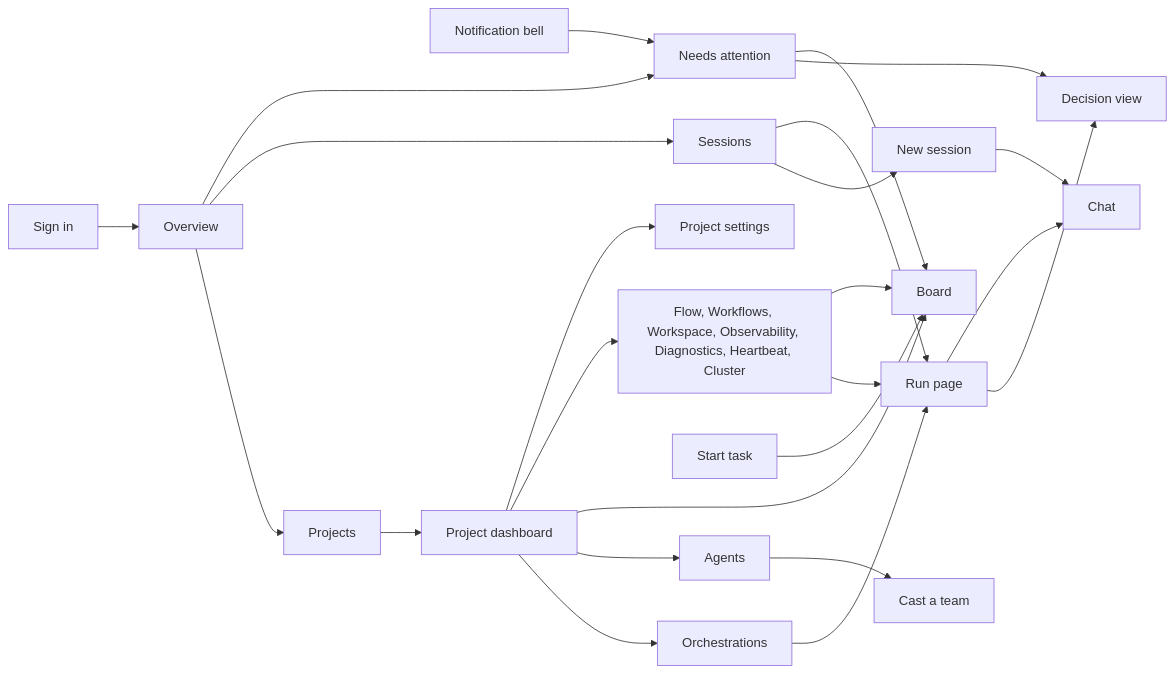
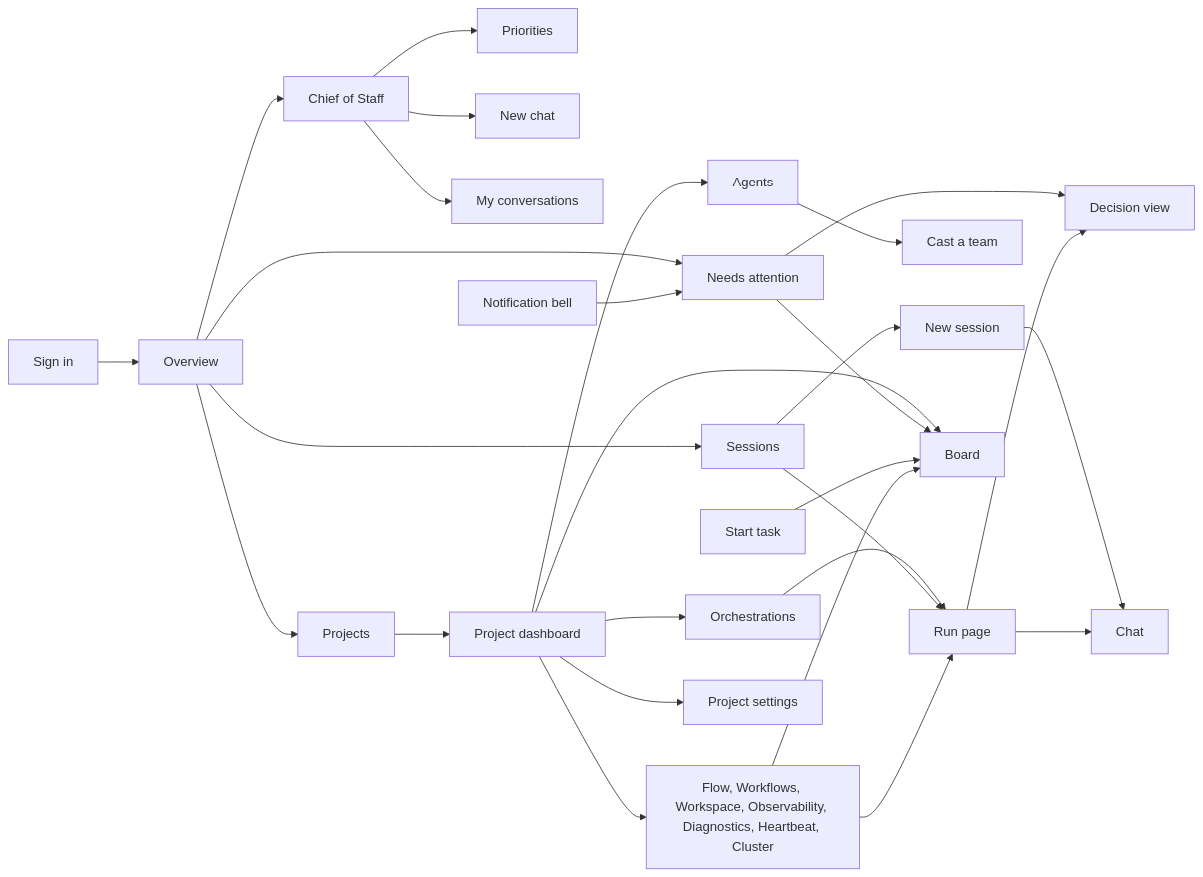
The diagram in docs/reference/web-ui-parity.md (sabbour/agentweaver), drawn with Mermaid before and after one commit. The commit also changed other lines of this file and 22 other files, not shown here.

````diff
--- a/docs/reference/web-ui-parity.md
+++ b/docs/reference/web-ui-parity.md
@@ -39,26 +39,30 @@
 ```mermaid
 flowchart LR
   signin[Sign in] --> overview[Overview]
+  overview --> chief[Chief of Staff]
+  chief --> priorities[Priorities]
+  chief --> newchat[New chat]
+  chief --> conversations[My conversations]
   overview --> projects[Projects]
   overview --> sessions[Sessions]
   overview --> attention[Needs attention]
   bell[Notification bell] --> attention
   sessions --> newsession[New session]
   newsession --> chat[Chat]
   projects --> dashboard[Project dashboard]
   dashboard --> orch[Orchestrations]
   dashboard --> agents[Agents]
   agents --> cast[Cast a team]
   orch --> run[Run page]
   sessions --> run
   attention --> decision[Decision view]
   dashboard --> board[Board]
   attention --> board
   starttask[Start task] --> board
   run --> decision
   run --> chat
   dashboard --> ops[Flow, Workflows, Workspace, Observability, Diagnostics, Heartbeat, Cluster]
   ops --> run
   ops --> board
   dashboard --> settings[Project settings]
 ```
````
